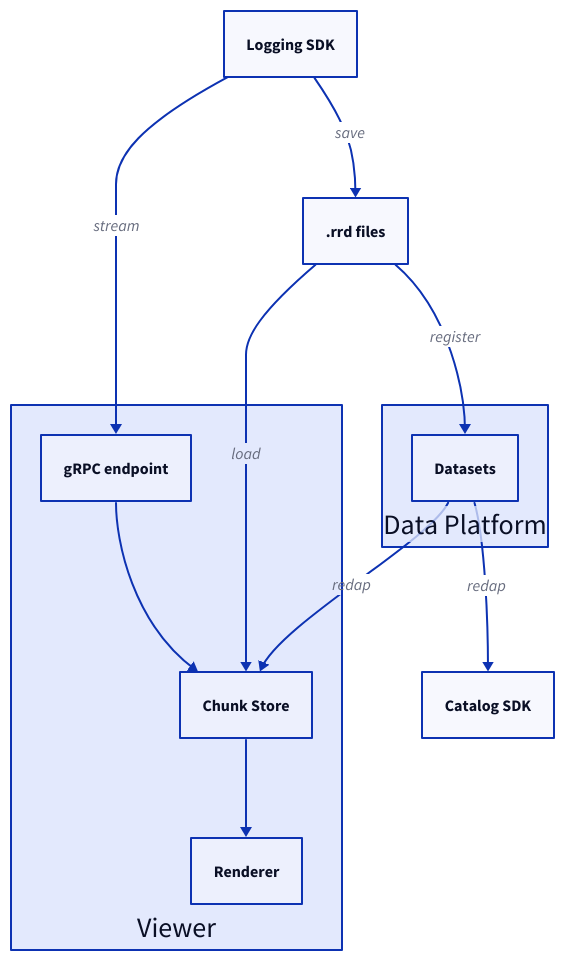
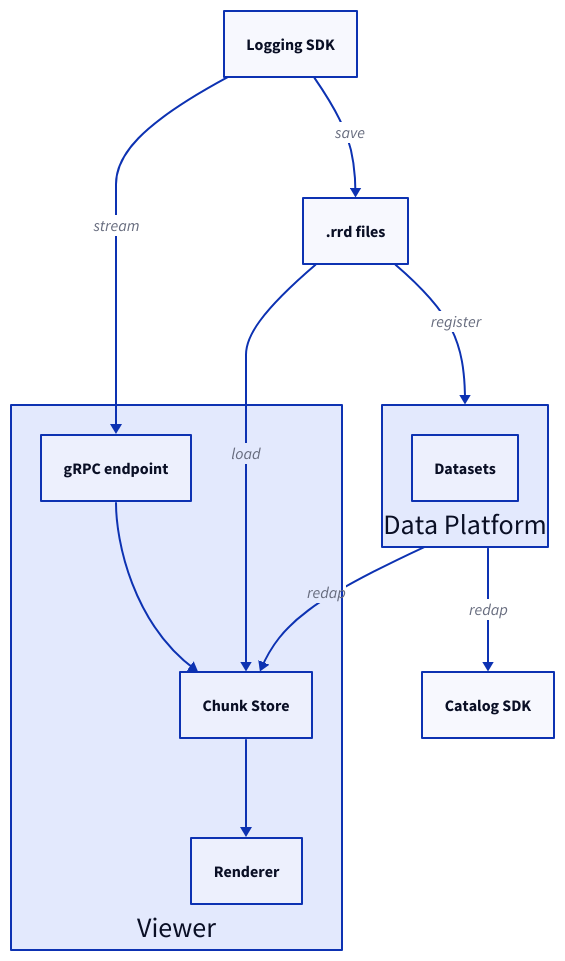
One commit to rerun-io/rerun changed the first of 5 diagrams in docs/content/concepts/how-does-rerun-work.md. Above: the diagram before and after it, drawn with D2. The commit also changed other lines of this file, not shown here.

Commit message:
minor edits

````diff
--- a/docs/content/concepts/how-does-rerun-work.md
+++ b/docs/content/concepts/how-does-rerun-work.md
@@ -47,34 +47,34 @@
 ```d2
 direction: down
 horizontal-gap: 0
 vertical-gap: 0
 
 Logging SDK
 
 ".rrd files"
 
 Viewer: {
   label.near: bottom-center
     
   gRPC endpoint
   Chunk Store
   Renderer
 }
 
 Viewer.gRPC endpoint -> Viewer.Chunk Store
 Viewer.Chunk Store -> Viewer.Renderer
 
 Data Platform: {
   label.near: bottom-center
   Datasets
 }
 
 Catalog SDK
 
 Logging SDK -> Viewer.gRPC endpoint: stream
 Logging SDK -> ".rrd files": save
 ".rrd files" -> Viewer.Chunk Store: load
-".rrd files" -> Data Platform.Datasets: register
-Data Platform.Datasets -> Viewer.Chunk Store: redap
-Data Platform.Datasets -> Catalog SDK: redap
+".rrd files" -> Data Platform: register
+Data Platform -> Viewer.Chunk Store: redap
+Data Platform -> Catalog SDK: redap
 ```
````
